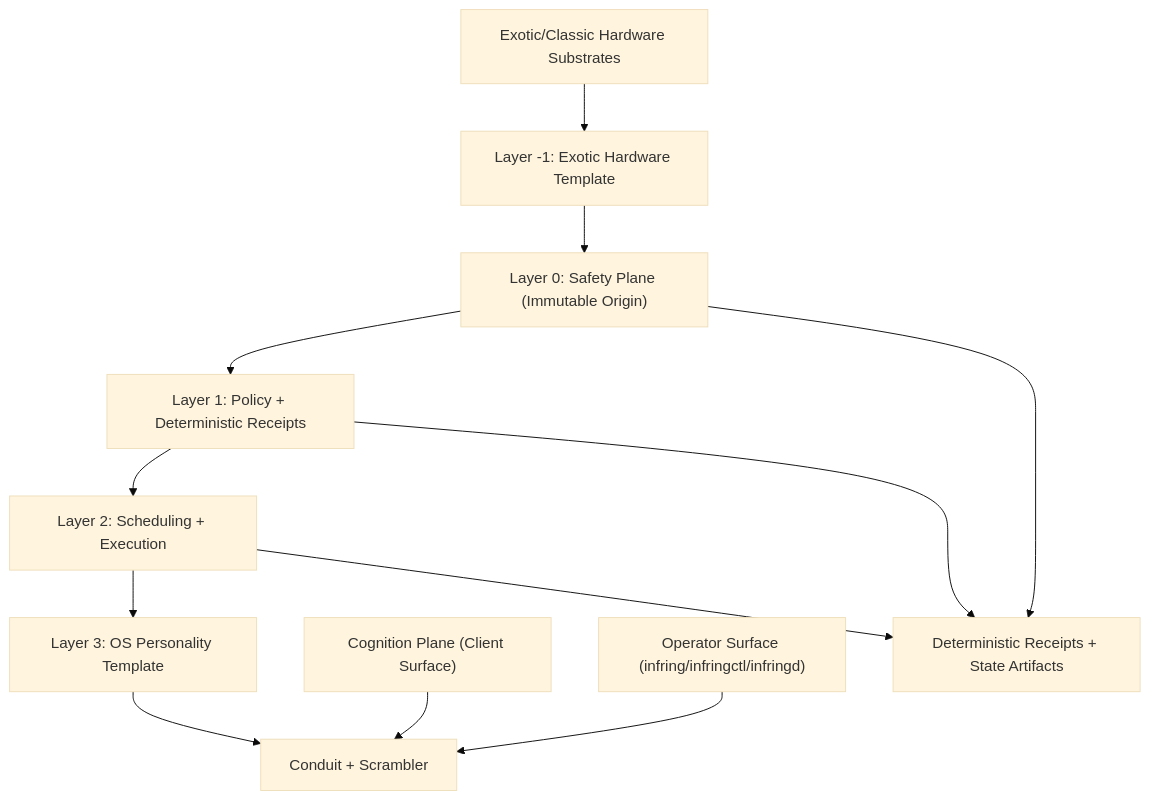
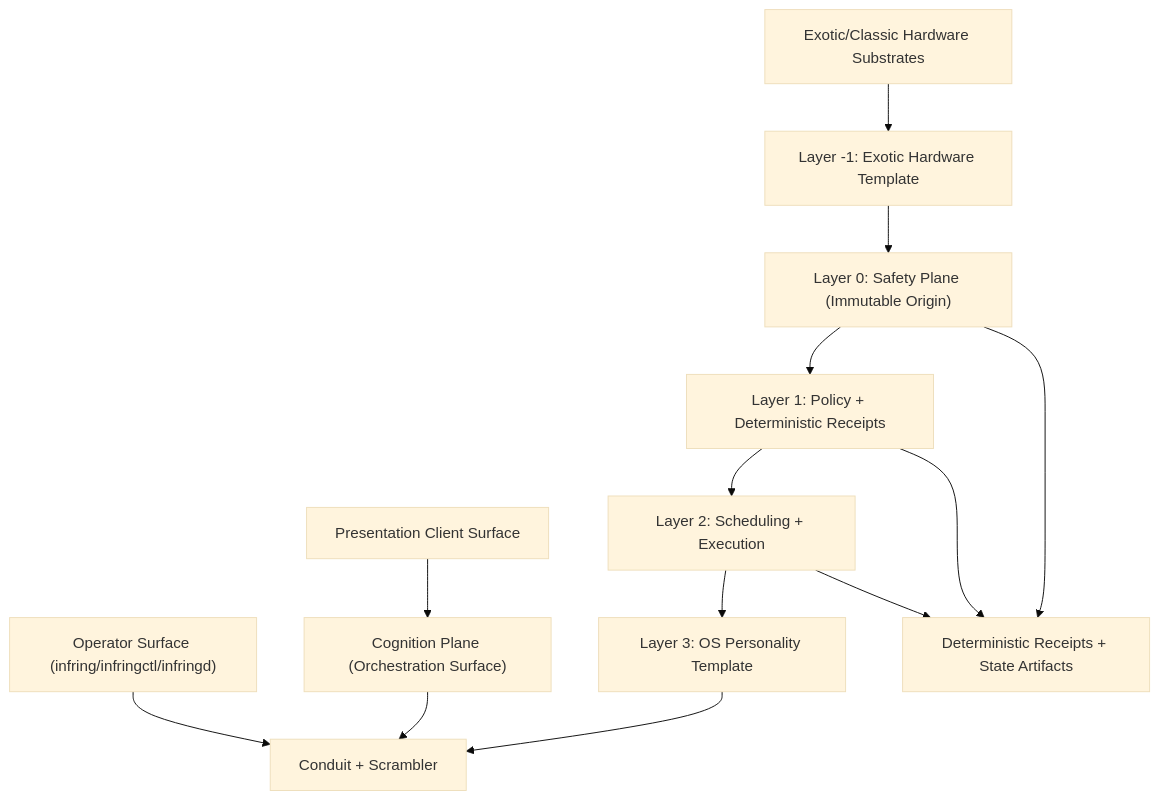
One commit to jakerslam/protheus changed the diagram in ARCHITECTURE.md. Above: the diagram before and after it, drawn with Mermaid (base theme). The commit also changed other lines of this file and 19 other files, not shown here.

Commit message:
arch: enforce core/orchestration/client boundaries and policy wiring

````diff
--- a/ARCHITECTURE.md
+++ b/ARCHITECTURE.md
@@ -170,25 +176,27 @@
 ```mermaid
 flowchart TB
     SUBSTRATE["Exotic/Classic Hardware Substrates"]
     LNEG1["Layer -1: Exotic Hardware Template"]
     L0["Layer 0: Safety Plane (Immutable Origin)"]
     L1["Layer 1: Policy + Deterministic Receipts"]
     L2["Layer 2: Scheduling + Execution"]
     L3["Layer 3: OS Personality Template"]
     CONDUIT["Conduit + Scrambler"]
-    UI["Cognition Plane (Client Surface)"]
+    ORCH["Cognition Plane (Orchestration Surface)"]
+    UI["Presentation Client Surface"]
     CLI["Operator Surface (infring/infringctl/infringd)"]
     RECEIPTS["Deterministic Receipts + State Artifacts"]
 
     SUBSTRATE --> LNEG1
     LNEG1 --> L0
     L0 --> L1
     L1 --> L2
     L2 --> L3
     L3 --> CONDUIT
-    UI --> CONDUIT
+    ORCH --> CONDUIT
+    UI --> ORCH
     CLI --> CONDUIT
     L0 --> RECEIPTS
     L1 --> RECEIPTS
     L2 --> RECEIPTS
 ```
````
